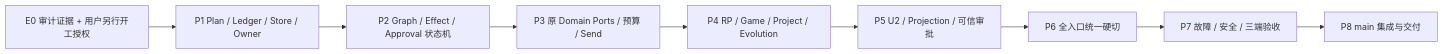
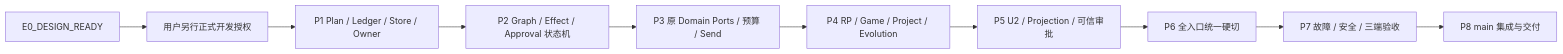
One commit to ZZZdragondYNGPHX/Atria changed the diagram in plans/refactor/atria-native-orchestration-v3/implementation-plan.md. Above: the diagram before and after it, drawn with Mermaid. The commit also changed other lines of this file and 5 other files, not shown here.

````diff
--- a/plans/refactor/atria-native-orchestration-v3/implementation-plan.md
+++ b/plans/refactor/atria-native-orchestration-v3/implementation-plan.md
@@ -74,11 +78,12 @@
 ```mermaid
 flowchart LR
-  E0["E0 审计证据 + 用户另行开工授权"] --> P1["P1 Plan / Ledger / Store / Owner"]
+  E0["E0_DESIGN_READY"] --> AUTH["用户另行正式开发授权"]
+  AUTH --> P1["P1 Plan / Ledger / Store / Owner"]
   P1 --> P2["P2 Graph / Effect / Approval 状态机"]
   P2 --> P3["P3 原 Domain Ports / 预算 / Send"]
   P3 --> P4["P4 RP / Game / Project / Evolution"]
   P4 --> P5["P5 U2 / Projection / 可信审批"]
   P5 --> P6["P6 全入口统一硬切"]
   P6 --> P7["P7 故障 / 安全 / 三端验收"]
   P7 --> P8["P8 main 集成与交付"]
 ```
````
